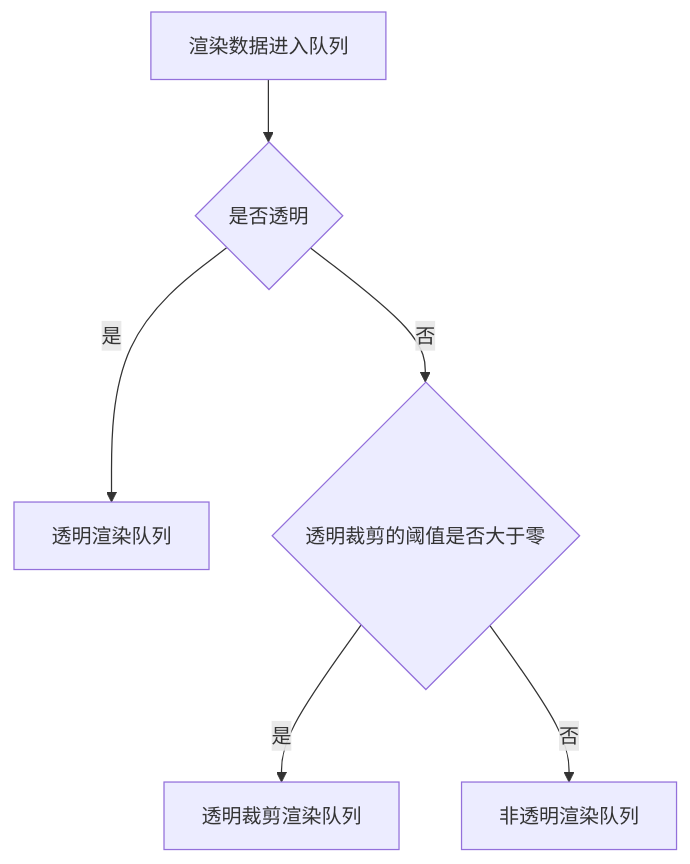
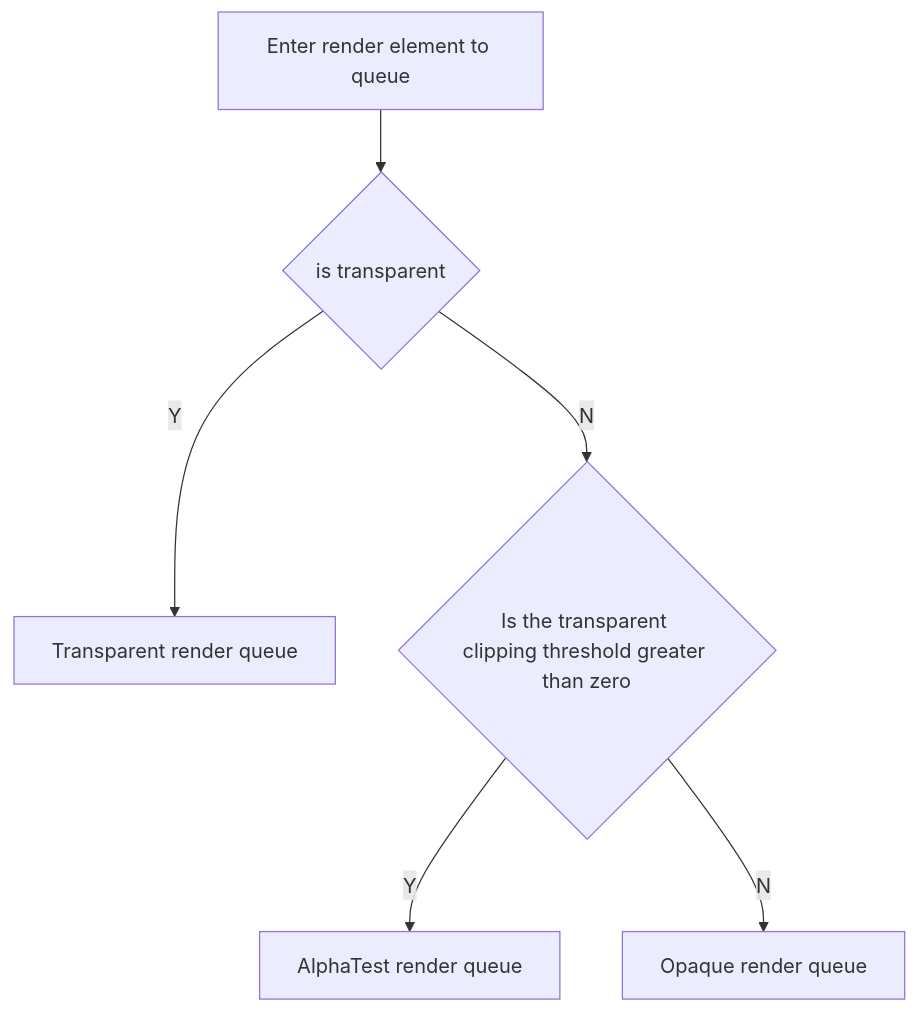
One commit to galacean/engine changed the first of 2 diagrams in docs/en/graphics/renderer/order.md. Above: the diagram before and after it, drawn with Mermaid. The commit also changed other lines of this file and 1 other file, not shown here.

Commit message:
docs: update render order

````diff
--- a/docs/en/graphics/renderer/order.md
+++ b/docs/en/graphics/renderer/order.md
@@ -21,8 +21,8 @@
 ```mermaid
 flowchart TD
-    A[渲染数据进入队列] --> B{是否透明}
-    B -->|是| C[透明渲染队列]
-    B -->|否| D{透明裁剪的阈值是否大于零}
-    D -->|是| E[透明裁剪渲染队列]
-    D -->|否| F[非透明渲染队列]
+    A[Enter render element to queue] --> B{is transparent}
+    B -->|Y| C[Transparent render queue]
+    B -->|N| D{Is the transparent clipping threshold greater than zero}
+    D -->|Y| E[AlphaTest render queue]
+    D -->|N| F[Opaque render queue]
 ```
````
